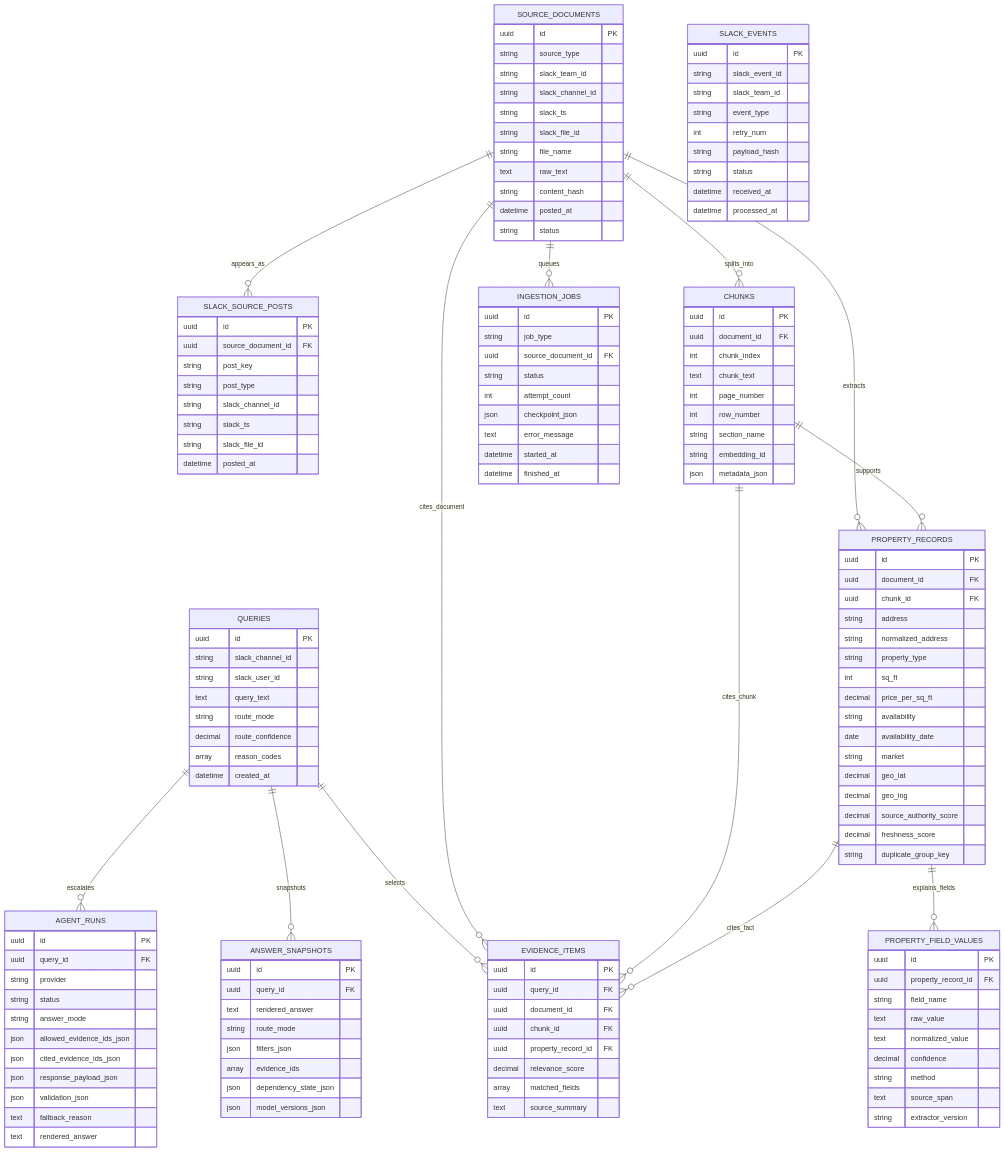
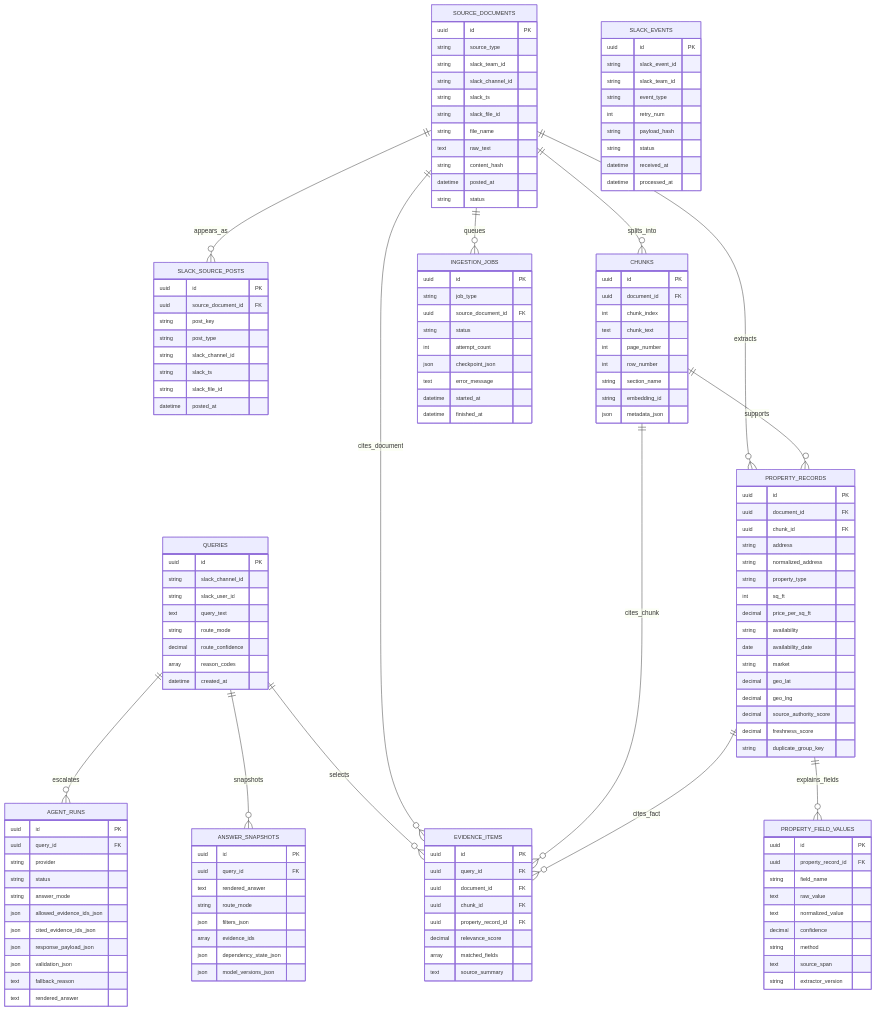
The seventh of 8 diagrams in README.md (Aqwerty321/CRE-Knowledge-Engine), drawn with Mermaid before and after one commit. The commit also changed other lines of this file and 6 other files, not shown here.

Commit message:
Update documentation and validation metrics across multiple files; improve clarity and accuracy of system architecture and retrieval processes.

````diff
--- a/README.md
+++ b/README.md
@@ -472,4 +481,5 @@
 ```mermaid
+%%{init: {"er": {"diagramPadding": 20}, "themeVariables": {"fontSize": "12px"}} }%%
 erDiagram
     SOURCE_DOCUMENTS ||--o{ SLACK_SOURCE_POSTS : appears_as
     SOURCE_DOCUMENTS ||--o{ CHUNKS : splits_into
````
